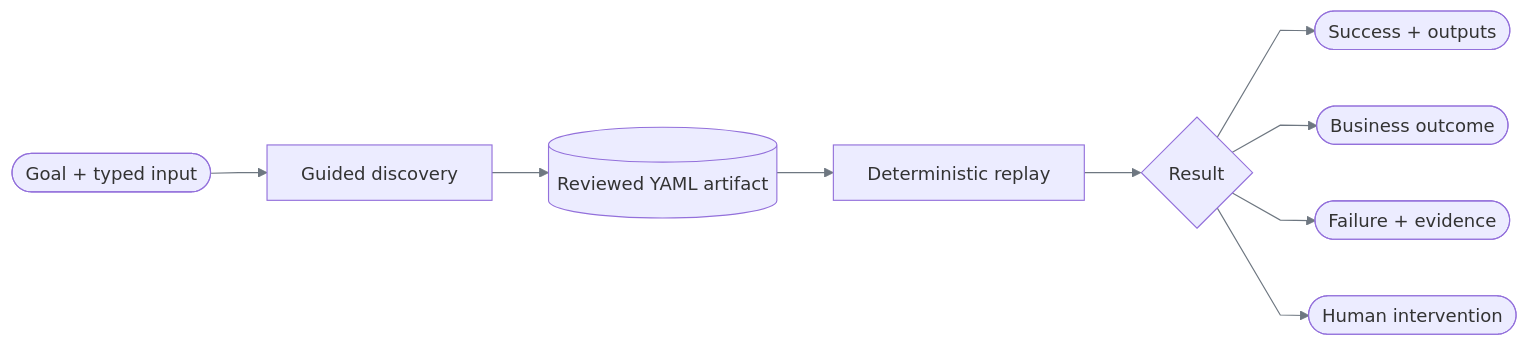
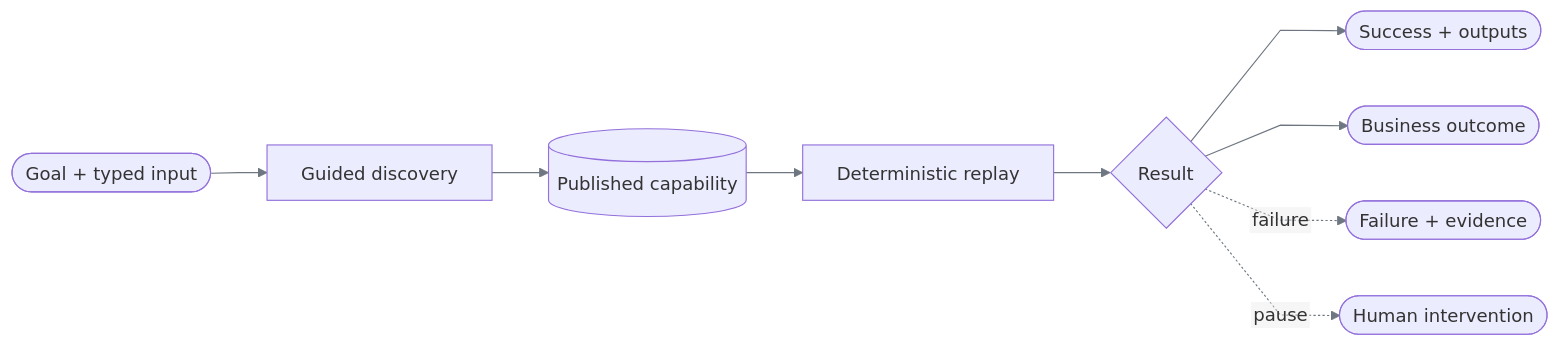
One commit to SivaTSS/replay-forge changed the diagram in docs/README.md. Above: the diagram before and after it, drawn with Mermaid. The commit also changed other lines of this file and 15 other files, not shown here.

Commit message:
docs: unify reference structure and validate diagram consistency

````diff
--- a/docs/README.md
+++ b/docs/README.md
@@ -5,12 +5,12 @@
 ```mermaid
 %%{init: {"htmlLabels":false,"themeVariables":{"lineColor":"#6E7781","signalColor":"#6E7781"},"flowchart":{"curve":"linear"},"sequence":{"wrap":true}}}%%
 flowchart LR
     G([Goal + typed input]) --> D[Guided discovery]
-    D --> A[(Reviewed YAML artifact)]
+    D --> A[(Published capability)]
     A --> R[Deterministic replay]
     R --> X{Result}
     X --> S([Success + outputs])
     X --> B([Business outcome])
-    X --> F([Failure + evidence])
-    X --> H([Human intervention])
+    X -. failure .-> F([Failure + evidence])
+    X -. pause .-> H([Human intervention])
 ```
````
